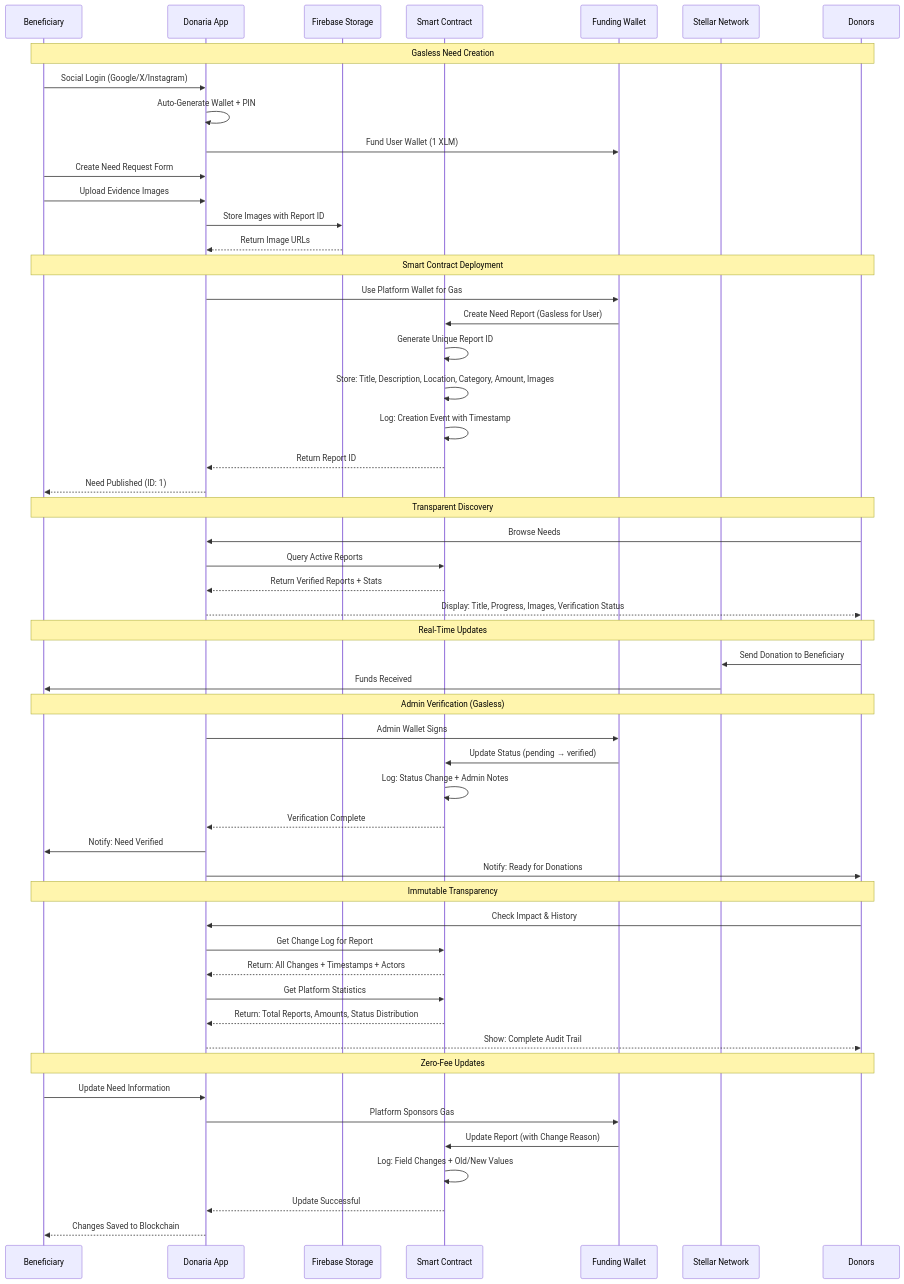
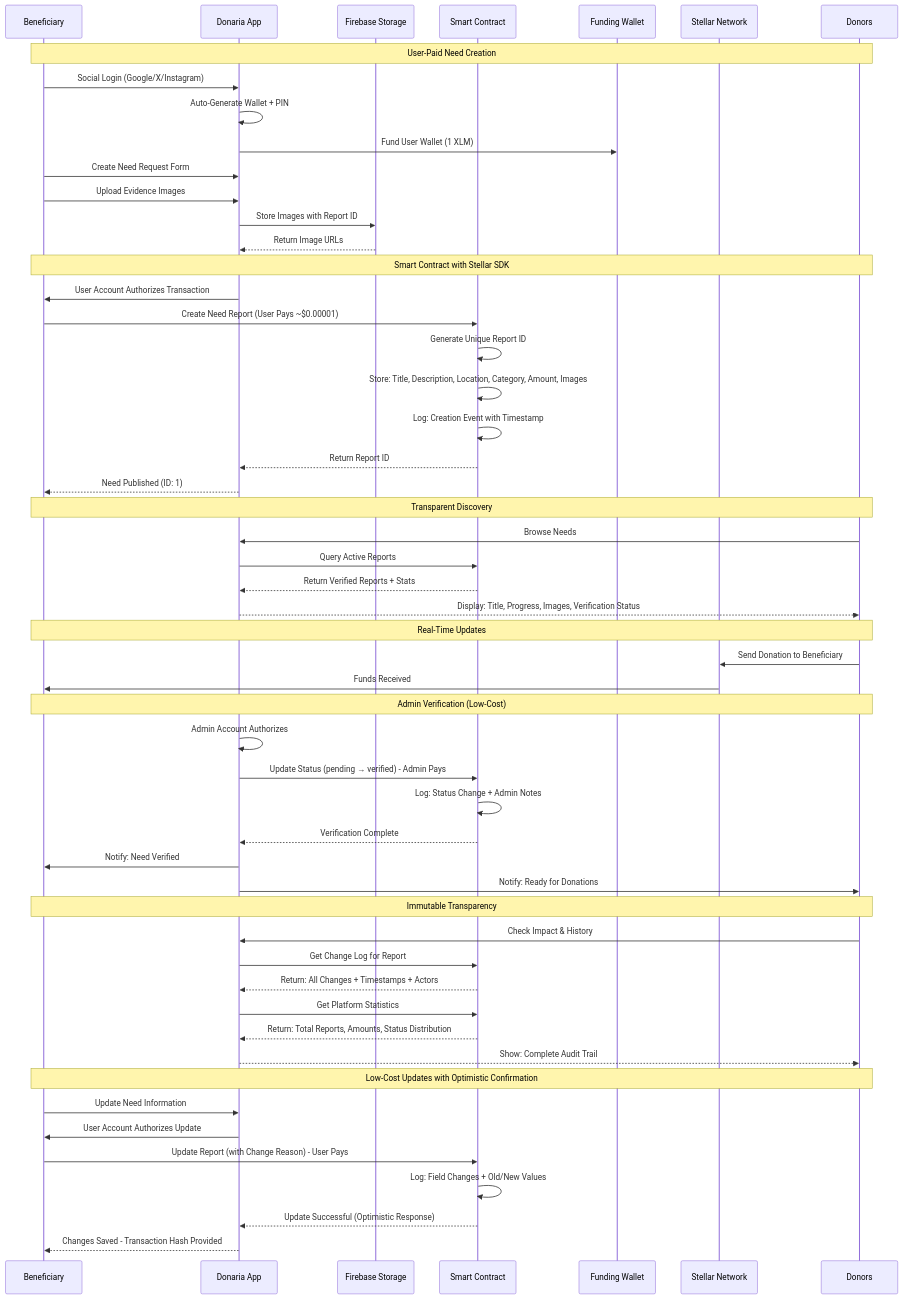
Before and after one commit to JulioMCruz/Donaria: the third of 4 diagrams in README.md, drawn with Mermaid. The commit also changed other lines of this file and 27 other files, not shown here.

Commit message:
Fixin needs dashboard from using only stellar sdk and stellar api

````diff
--- a/README.md
+++ b/README.md
@@ -279,63 +282,63 @@
 ```mermaid
 sequenceDiagram
     participant B as Beneficiary
     participant DA as Donaria App
     participant FB as Firebase Storage
     participant SC as Smart Contract
     participant FW as Funding Wallet
     participant ST as Stellar Network
     participant D as Donors
     
-    Note over B,D: Gasless Need Creation
+    Note over B,D: User-Paid Need Creation
     B->>DA: Social Login (Google/X/Instagram)
     DA->>DA: Auto-Generate Wallet + PIN
     DA->>FW: Fund User Wallet (1 XLM)
     
     B->>DA: Create Need Request Form
     B->>DA: Upload Evidence Images
     DA->>FB: Store Images with Report ID
     FB-->>DA: Return Image URLs
     
-    Note over B,D: Smart Contract Deployment
-    DA->>FW: Use Platform Wallet for Gas
-    FW->>SC: Create Need Report (Gasless for User)
+    Note over B,D: Smart Contract with Stellar SDK
+    DA->>B: User Account Authorizes Transaction
+    B->>SC: Create Need Report (User Pays ~$0.00001)
     SC->>SC: Generate Unique Report ID
     SC->>SC: Store: Title, Description, Location, Category, Amount, Images
     SC->>SC: Log: Creation Event with Timestamp
     SC-->>DA: Return Report ID
     DA-->>B: Need Published (ID: 1)
     
     Note over B,D: Transparent Discovery
     D->>DA: Browse Needs
     DA->>SC: Query Active Reports
     SC-->>DA: Return Verified Reports + Stats
     DA-->>D: Display: Title, Progress, Images, Verification Status
     
     Note over B,D: Real-Time Updates
     D->>ST: Send Donation to Beneficiary
     ST->>B: Funds Received
     
-    Note over B,D: Admin Verification (Gasless)
-    DA->>FW: Admin Wallet Signs
-    FW->>SC: Update Status (pending → verified)
+    Note over B,D: Admin Verification (Low-Cost)
+    DA->>DA: Admin Account Authorizes
+    DA->>SC: Update Status (pending → verified) - Admin Pays
     SC->>SC: Log: Status Change + Admin Notes
     SC-->>DA: Verification Complete
     DA->>B: Notify: Need Verified
     DA->>D: Notify: Ready for Donations
     
     Note over B,D: Immutable Transparency
     D->>DA: Check Impact & History
     DA->>SC: Get Change Log for Report
     SC-->>DA: Return: All Changes + Timestamps + Actors
     DA->>SC: Get Platform Statistics
     SC-->>DA: Return: Total Reports, Amounts, Status Distribution
     DA-->>D: Show: Complete Audit Trail
     
-    Note over B,D: Zero-Fee Updates
+    Note over B,D: Low-Cost Updates with Optimistic Confirmation
     B->>DA: Update Need Information
-    DA->>FW: Platform Sponsors Gas
-    FW->>SC: Update Report (with Change Reason)
+    DA->>B: User Account Authorizes Update
+    B->>SC: Update Report (with Change Reason) - User Pays
     SC->>SC: Log: Field Changes + Old/New Values
-    SC-->>DA: Update Successful
-    DA-->>B: Changes Saved to Blockchain
+    SC-->>DA: Update Successful (Optimistic Response)
+    DA-->>B: Changes Saved - Transaction Hash Provided
 ```
````
